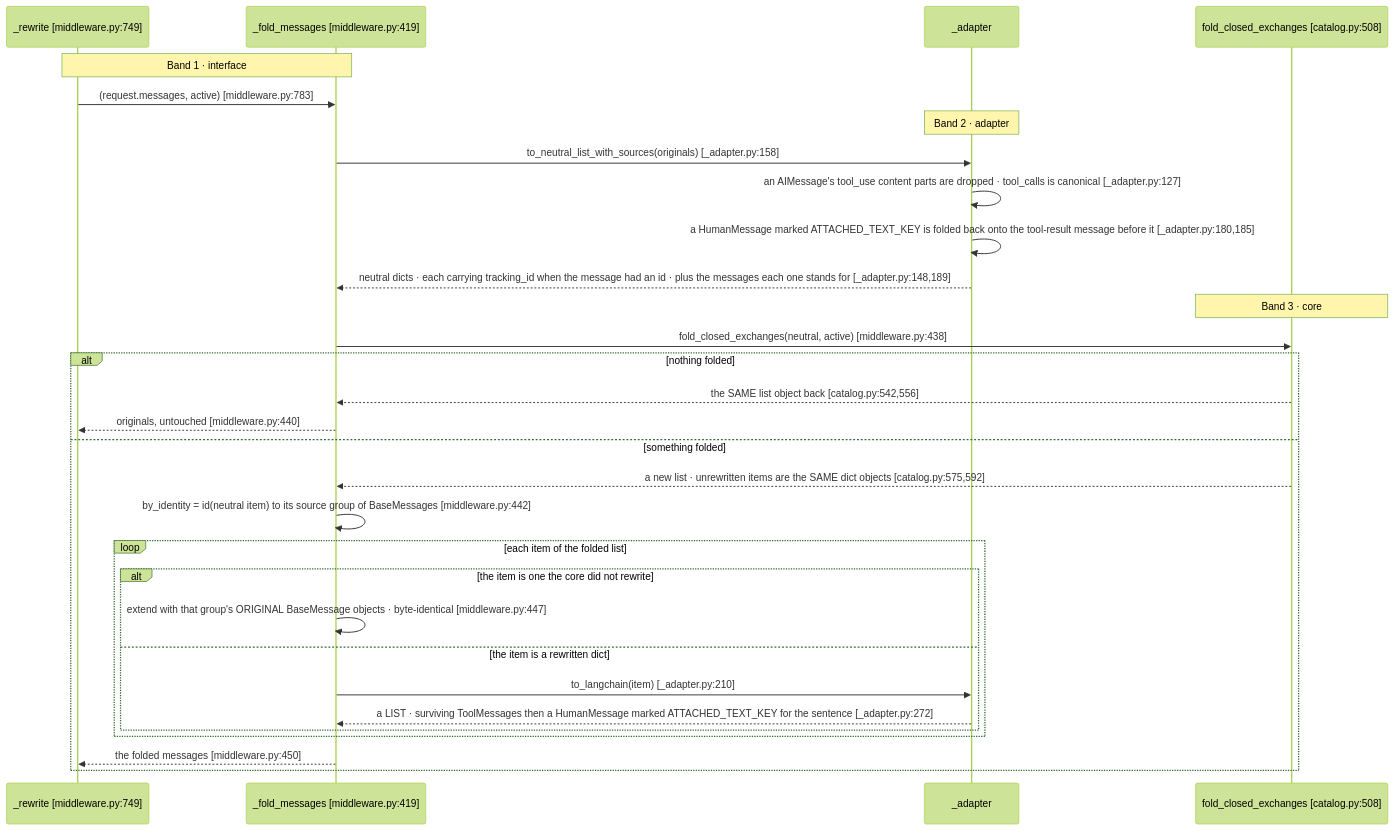
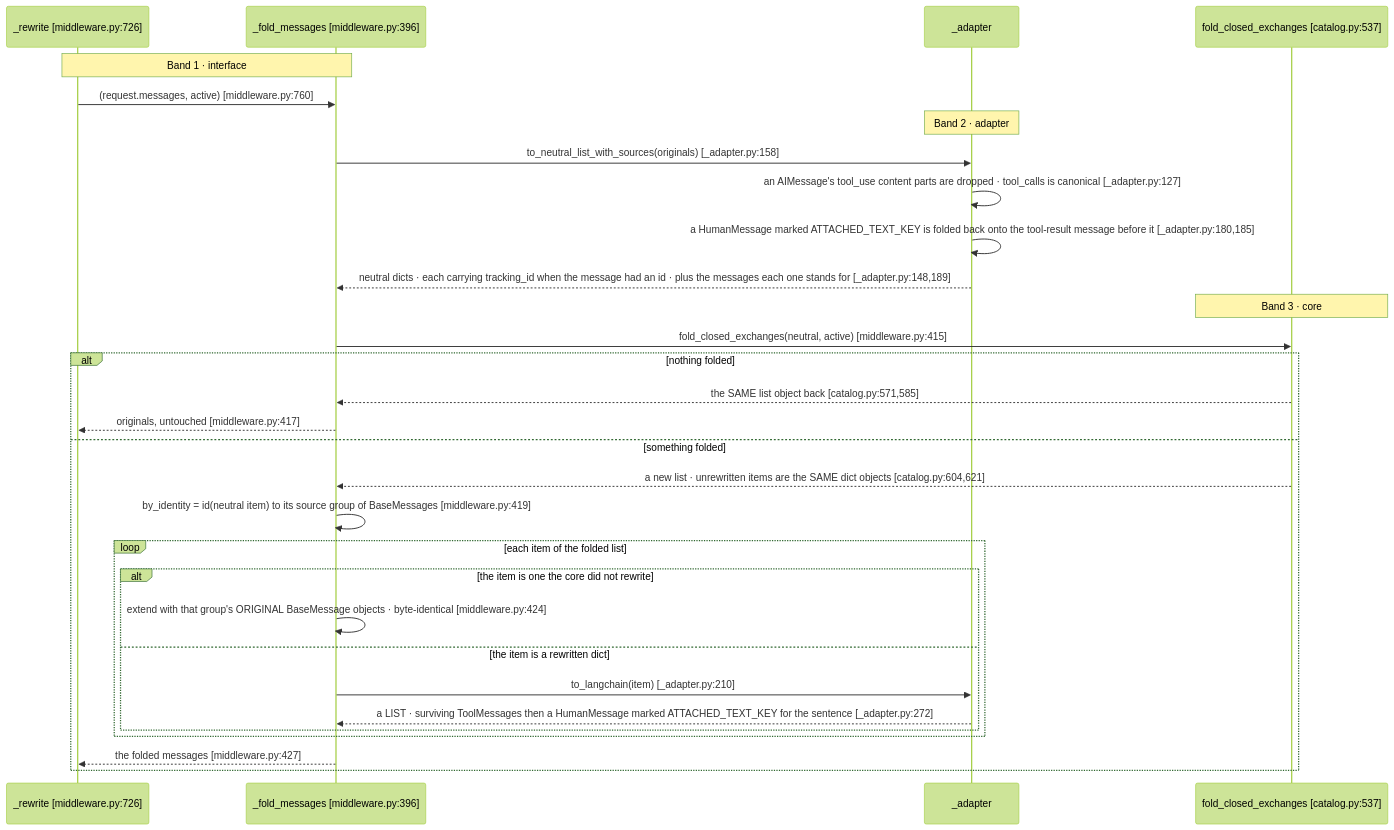
Before and after one commit to aws-samples/sample-context-engineering: the second of 7 diagrams in docs/design/sequence/langgraph/sequence-b-disclosure.md, drawn with Mermaid (forest theme). The commit also changed other lines of this file and 3 other files, not shown here.

First line of the commit message:
docs(langgraph): re-point the sequence-doc refs this branch moved

````diff
--- a/docs/design/sequence/langgraph/sequence-b-disclosure.md
+++ b/docs/design/sequence/langgraph/sequence-b-disclosure.md
@@ -379,33 +379,33 @@
 ```mermaid
 sequenceDiagram
-    participant RW as _rewrite [middleware.py:749]
-    participant FM as _fold_messages [middleware.py:419]
+    participant RW as _rewrite [middleware.py:726]
+    participant FM as _fold_messages [middleware.py:396]
     participant AD as _adapter
-    participant Core as fold_closed_exchanges [catalog.py:508]
+    participant Core as fold_closed_exchanges [catalog.py:537]
 
     Note over RW,FM: Band 1 · interface
-    RW->>FM: (request.messages, active) [middleware.py:783]
+    RW->>FM: (request.messages, active) [middleware.py:760]
     Note over AD: Band 2 · adapter
     FM->>AD: to_neutral_list_with_sources(originals) [_adapter.py:158]
     AD->>AD: an AIMessage's tool_use content parts are dropped · tool_calls is canonical [_adapter.py:127]
     AD->>AD: a HumanMessage marked ATTACHED_TEXT_KEY is folded back onto the tool-result message before it [_adapter.py:180,185]
     AD-->>FM: neutral dicts · each carrying tracking_id when the message had an id · plus the messages each one stands for [_adapter.py:148,189]
     Note over Core: Band 3 · core
-    FM->>Core: fold_closed_exchanges(neutral, active) [middleware.py:438]
+    FM->>Core: fold_closed_exchanges(neutral, active) [middleware.py:415]
     alt nothing folded
-        Core-->>FM: the SAME list object back [catalog.py:542,556]
-        FM-->>RW: originals, untouched [middleware.py:440]
+        Core-->>FM: the SAME list object back [catalog.py:571,585]
+        FM-->>RW: originals, untouched [middleware.py:417]
     else something folded
-        Core-->>FM: a new list · unrewritten items are the SAME dict objects [catalog.py:575,592]
-        FM->>FM: by_identity = id(neutral item) to its source group of BaseMessages [middleware.py:442]
+        Core-->>FM: a new list · unrewritten items are the SAME dict objects [catalog.py:604,621]
+        FM->>FM: by_identity = id(neutral item) to its source group of BaseMessages [middleware.py:419]
         loop each item of the folded list
             alt the item is one the core did not rewrite
-                FM->>FM: extend with that group's ORIGINAL BaseMessage objects · byte-identical [middleware.py:447]
+                FM->>FM: extend with that group's ORIGINAL BaseMessage objects · byte-identical [middleware.py:424]
             else the item is a rewritten dict
                 FM->>AD: to_langchain(item) [_adapter.py:210]
                 AD-->>FM: a LIST · surviving ToolMessages then a HumanMessage marked ATTACHED_TEXT_KEY for the sentence [_adapter.py:272]
             end
         end
-        FM-->>RW: the folded messages [middleware.py:450]
+        FM-->>RW: the folded messages [middleware.py:427]
     end
 ```
````
